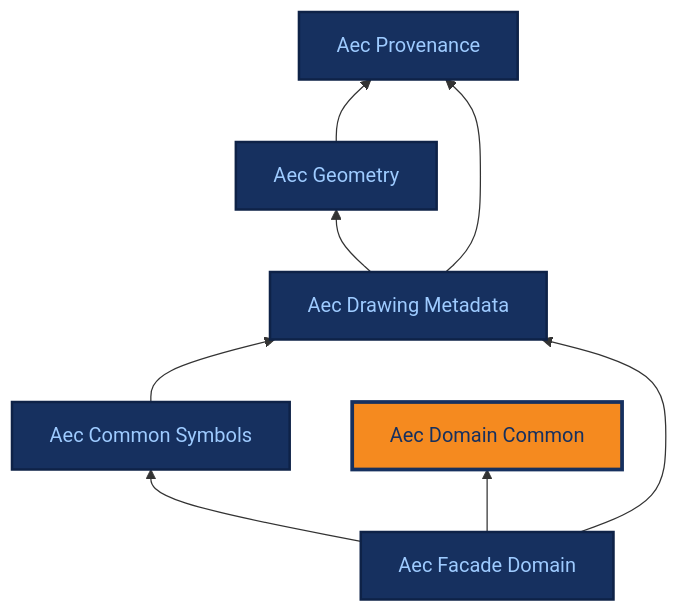
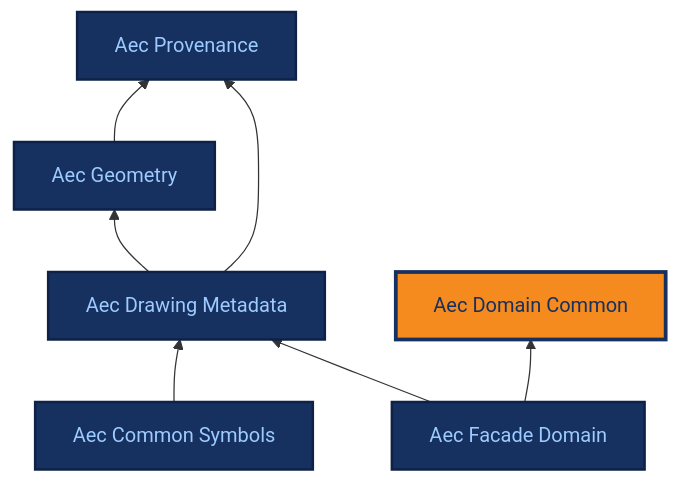
Before and after one commit to BuroHappoldMachineLearning/ADIRO: the diagram in docs/ontologies/aec_domain_common/1.0.0.md, drawn with Mermaid. The commit also changed 31 other files, not shown here.

First line of the commit message:
fix: remove the unused aec_common_symbols import; classify import changes (#134)

````diff
--- a/docs/ontologies/aec_domain_common/1.0.0.md
+++ b/docs/ontologies/aec_domain_common/1.0.0.md
@@ -36,27 +36,26 @@
 ```mermaid
 %%{init: {"themeCSS": ".base .nodeLabel,.base .nodeLabel p,.base text,.base tspan{fill:#9ecbff !important;color:#9ecbff !important}.current .nodeLabel,.current .nodeLabel p,.current text,.current tspan{fill:#16305f !important;color:#16305f !important}"} }%%
 graph BT
     aec_provenance["Aec Provenance"]
     aec_geometry["Aec Geometry"]
     aec_drawing_metadata["Aec Drawing Metadata"]
     aec_common_symbols["Aec Common Symbols"]
     aec_domain_common["Aec Domain Common"]
     aec_facade_domain["Aec Facade Domain"]
     aec_geometry --> aec_provenance
     aec_drawing_metadata --> aec_geometry
     aec_drawing_metadata --> aec_provenance
     aec_common_symbols --> aec_drawing_metadata
-    aec_facade_domain --> aec_common_symbols
     aec_facade_domain --> aec_domain_common
     aec_facade_domain --> aec_drawing_metadata
     click aec_provenance "../../aec_provenance/" "Aec Provenance reference page"
     click aec_geometry "../../aec_geometry/" "Aec Geometry reference page"
     click aec_drawing_metadata "../../aec_drawing_metadata/" "Aec Drawing Metadata reference page"
     click aec_common_symbols "../../aec_common_symbols/" "Aec Common Symbols reference page"
     click aec_domain_common "../../aec_domain_common/" "Aec Domain Common reference page"
     click aec_facade_domain "../../aec_facade_domain/" "Aec Facade Domain reference page"
     classDef base fill:#16305f,stroke:#0e2247,stroke-width:2px,color:#9ecbff;
     class aec_provenance,aec_geometry,aec_drawing_metadata,aec_common_symbols,aec_facade_domain base;
     classDef current fill:#f58a1f,stroke:#16305f,stroke-width:3px,color:#16305f;
     class aec_domain_common current;
 ```
````
